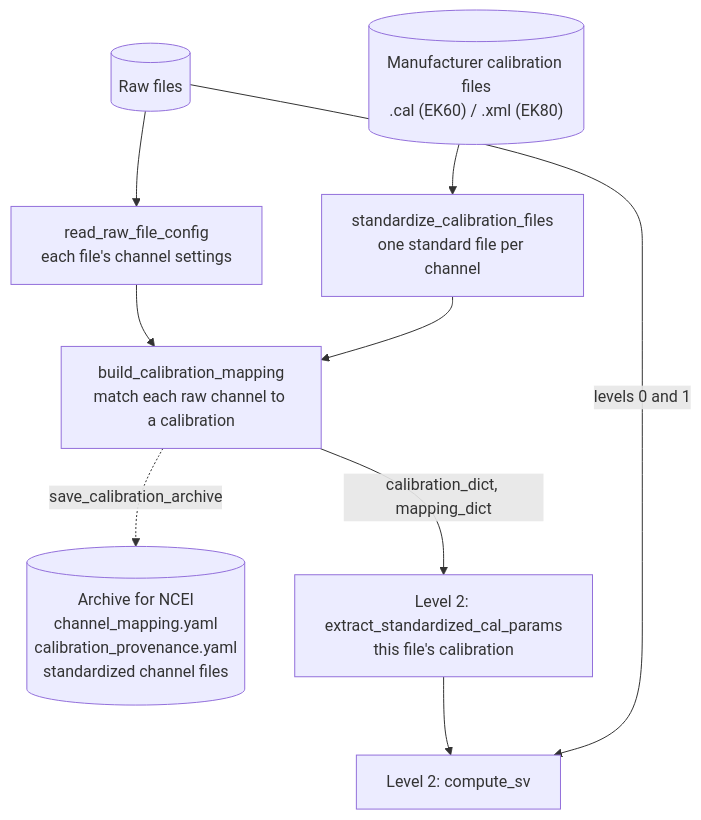
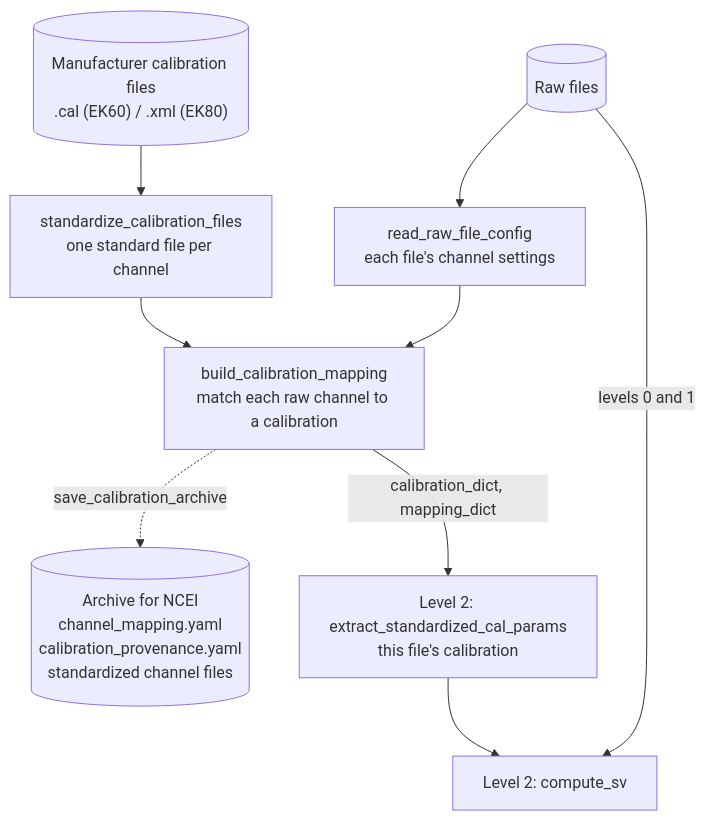
Before and after one commit to BLayman-NOAA/AA-SI_recipe_manager: the diagram in docs/calibration/index.md, drawn with Mermaid. The commit also changed other lines of this file and 113 other files, not shown here.

````diff
--- a/docs/calibration/index.md
+++ b/docs/calibration/index.md
@@ -10,16 +10,16 @@
 ```mermaid
 flowchart TB
+    cal[("Manufacturer calibration files<br/>.cal (EK60) / .xml (EK80)")]
     raw[("Raw files")]
-    cal[("Manufacturer calibration files<br/>.cal (EK60) / .xml (EK80)")]
+    std["standardize_calibration_files<br/>one standard file per channel"]
     scan["read_raw_file_config<br/>each file's channel settings"]
-    std["standardize_calibration_files<br/>one standard file per channel"]
     map["build_calibration_mapping<br/>match each raw channel to a calibration"]
     archive[("Archive for NCEI<br/>channel_mapping.yaml<br/>calibration_provenance.yaml<br/>standardized channel files")]
     extract["Level 2: extract_standardized_cal_params<br/>this file's calibration"]
     sv["Level 2: compute_sv"]
+    cal --> std --> map
     raw --> scan --> map
-    cal --> std --> map
     map -->|"calibration_dict, mapping_dict"| extract --> sv
     raw -->|"levels 0 and 1"| sv
     map -.->|"save_calibration_archive"| archive
 ```
````
